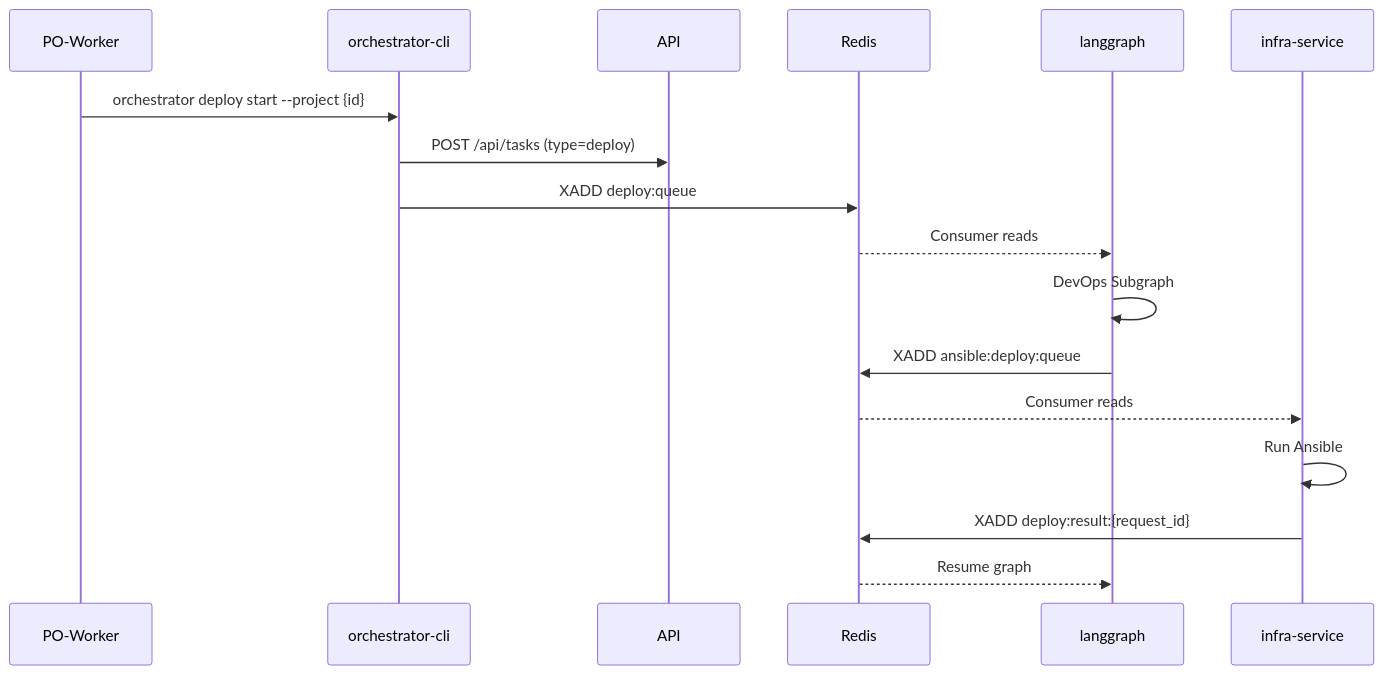
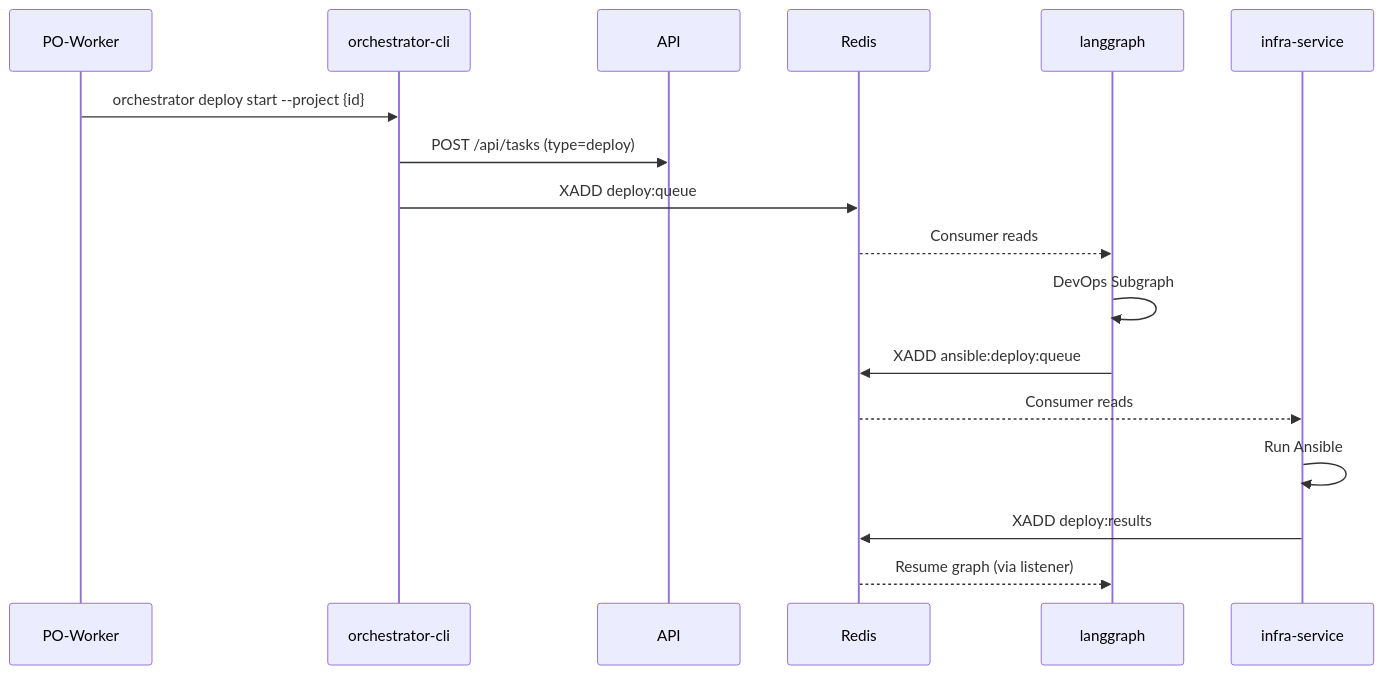
One commit to vladmesh/codegen_orchestrator changed the second of 2 diagrams in docs/new_architecture/CONTRACTS.md. Above: the diagram before and after it, drawn with Mermaid. The commit also changed other lines of this file and 9 other files, not shown here.

````diff
--- a/docs/new_architecture/CONTRACTS.md
+++ b/docs/new_architecture/CONTRACTS.md
@@ -107,20 +96,20 @@
 ```mermaid
 sequenceDiagram
     participant PO as PO-Worker
     participant CLI as orchestrator-cli
     participant API
     participant Redis
     participant LG as langgraph
     participant Infra as infra-service
 
     PO->>CLI: orchestrator deploy start --project {id}
     CLI->>API: POST /api/tasks (type=deploy)
     CLI->>Redis: XADD deploy:queue
     Redis-->>LG: Consumer reads
     LG->>LG: DevOps Subgraph
     LG->>Redis: XADD ansible:deploy:queue
     Redis-->>Infra: Consumer reads
     Infra->>Infra: Run Ansible
-    Infra->>Redis: XADD deploy:result:{request_id}
-    Redis-->>LG: Resume graph
+    Infra->>Redis: XADD deploy:results
+    Redis-->>LG: Resume graph (via listener)
 ```
````
